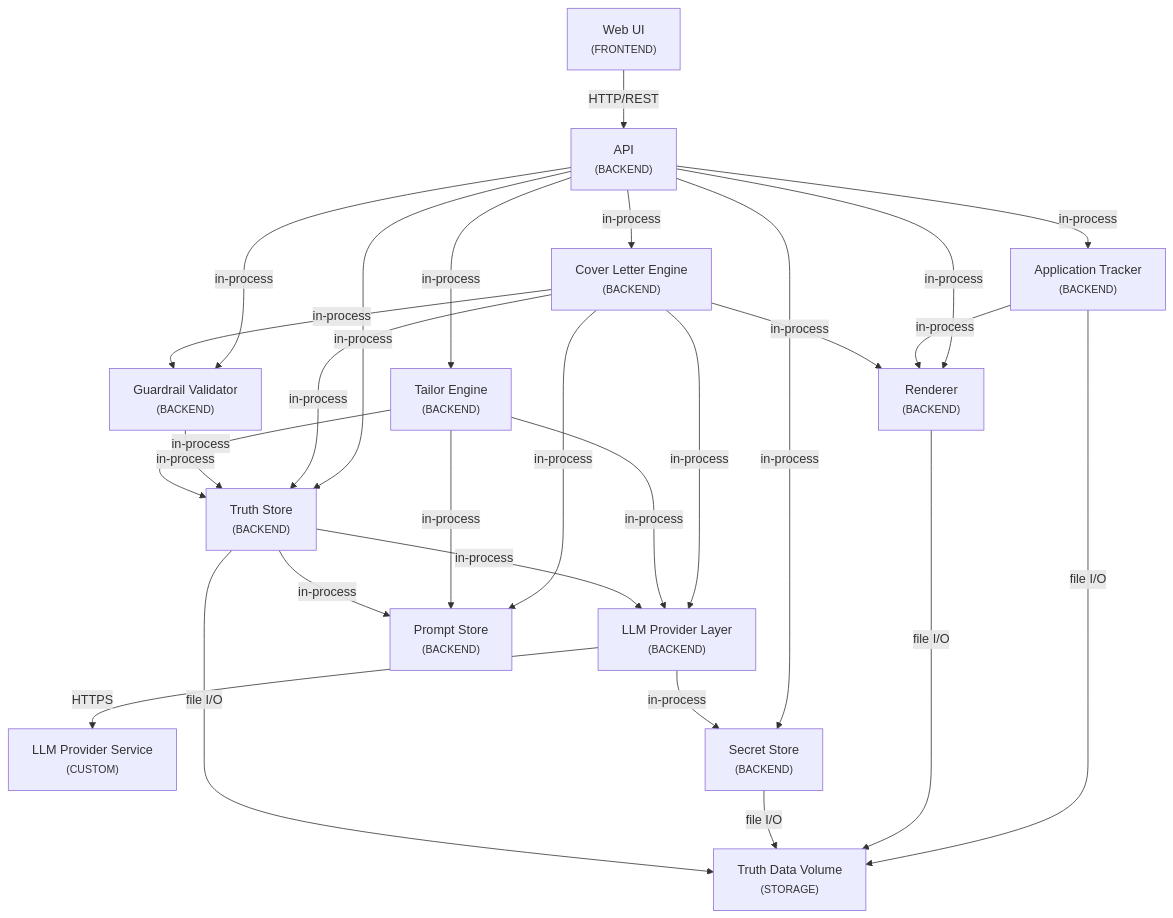
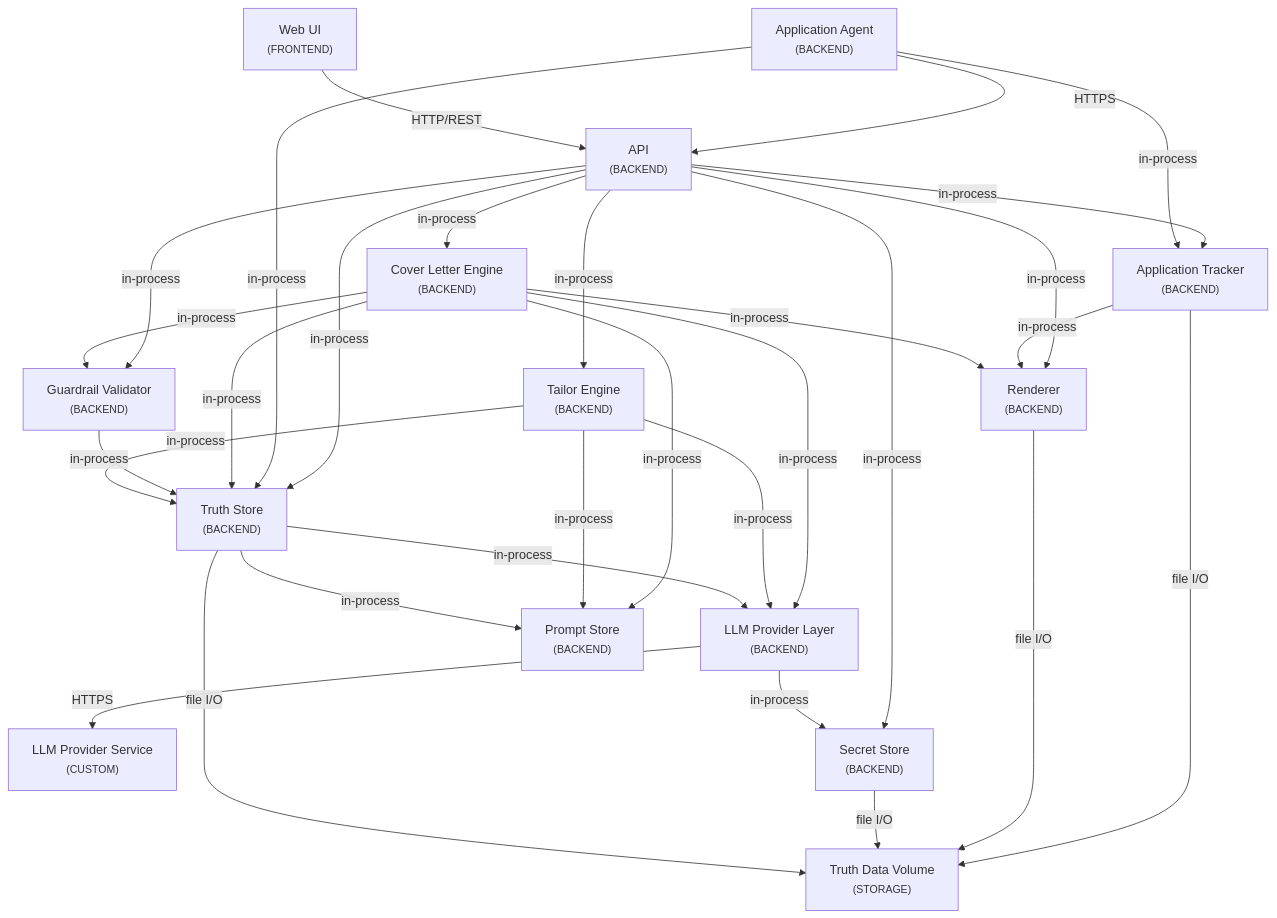
Before and after one commit to SCD-24/truthcv: the diagram in docs/architecture/system-map.md, drawn with Mermaid. The commit also changed other lines of this file and 38 other files, not shown here.

````diff
--- a/docs/architecture/system-map.md
+++ b/docs/architecture/system-map.md
@@ -4,42 +4,46 @@
 ```mermaid
 graph TD
     api["API <br/> <small>(BACKEND)</small>"]
+    application-agent["Application Agent <br/> <small>(BACKEND)</small>"]
     application-tracker["Application Tracker <br/> <small>(BACKEND)</small>"]
     cover-letter-engine["Cover Letter Engine <br/> <small>(BACKEND)</small>"]
     guardrail-validator["Guardrail Validator <br/> <small>(BACKEND)</small>"]
     llm-provider-layer["LLM Provider Layer <br/> <small>(BACKEND)</small>"]
     llm-provider-service["LLM Provider Service <br/> <small>(CUSTOM)</small>"]
     prompt-store["Prompt Store <br/> <small>(BACKEND)</small>"]
     renderer["Renderer <br/> <small>(BACKEND)</small>"]
     secret-store["Secret Store <br/> <small>(BACKEND)</small>"]
     tailor-engine["Tailor Engine <br/> <small>(BACKEND)</small>"]
     truth-data-volume["Truth Data Volume <br/> <small>(STORAGE)</small>"]
     truth-store["Truth Store <br/> <small>(BACKEND)</small>"]
     web-ui["Web UI <br/> <small>(FRONTEND)</small>"]
     api -->|in-process| application-tracker
     api -->|in-process| cover-letter-engine
     api -->|in-process| guardrail-validator
     api -->|in-process| renderer
     api -->|in-process| secret-store
     api -->|in-process| tailor-engine
     api -->|in-process| truth-store
+    application-agent -->|HTTPS| api
+    application-agent -->|in-process| application-tracker
+    application-agent -->|in-process| truth-store
     application-tracker -->|in-process| renderer
     application-tracker -->|file I/O| truth-data-volume
     cover-letter-engine -->|in-process| guardrail-validator
     cover-letter-engine -->|in-process| llm-provider-layer
     cover-letter-engine -->|in-process| prompt-store
     cover-letter-engine -->|in-process| renderer
     cover-letter-engine -->|in-process| truth-store
     guardrail-validator -->|in-process| truth-store
     llm-provider-layer -->|HTTPS| llm-provider-service
     llm-provider-layer -->|in-process| secret-store
     renderer -->|file I/O| truth-data-volume
     secret-store -->|file I/O| truth-data-volume
     tailor-engine -->|in-process| llm-provider-layer
     tailor-engine -->|in-process| prompt-store
     tailor-engine -->|in-process| truth-store
     truth-store -->|in-process| llm-provider-layer
     truth-store -->|in-process| prompt-store
     truth-store -->|file I/O| truth-data-volume
     web-ui -->|HTTP/REST| api
 ```
````
